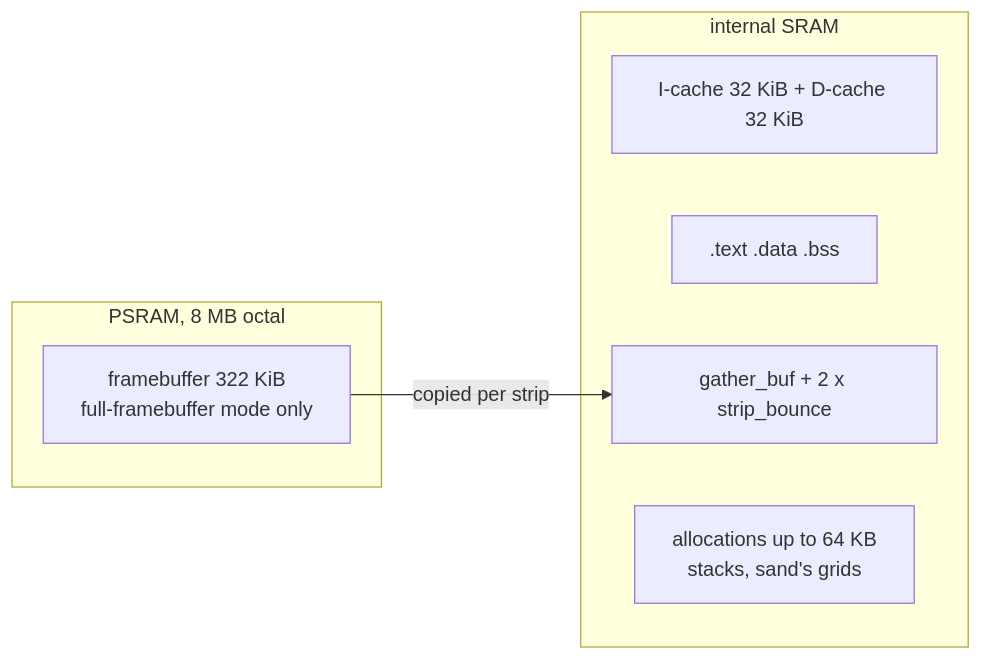
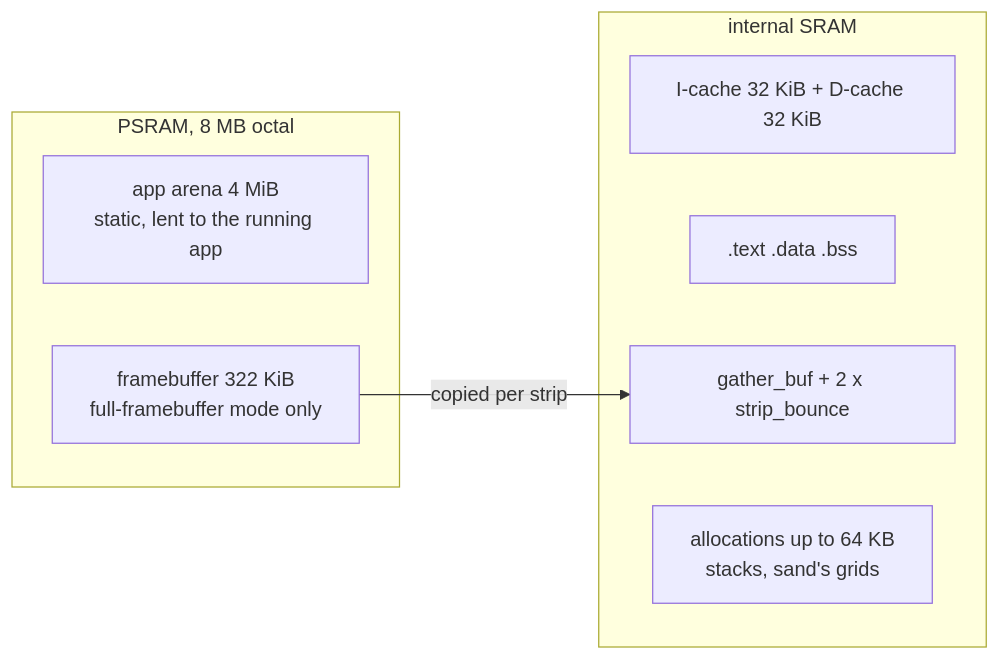
One commit to jose-villegas/autana changed the second of 2 diagrams in docs/notes/Board-and-Memory.md. Above: the diagram before and after it, drawn with Mermaid. The commit also changed other lines of this file and 17 other files, not shown here.

First line of the commit message:
shell: a PSRAM app arena lent to the running app, reset on every switch

````diff
--- a/docs/notes/Board-and-Memory.md
+++ b/docs/notes/Board-and-Memory.md
@@ -58,13 +58,14 @@
 ```mermaid
 flowchart LR
     subgraph PSRAM["PSRAM, 8 MB octal"]
+        ARENA["app arena 4 MiB<br/>static, lent to the running app"]
         FB["framebuffer 322 KiB<br/>full-framebuffer mode only"]
     end
     subgraph SRAM["internal SRAM"]
         CACHE["I-cache 32 KiB + D-cache 32 KiB"]
         STATIC[".text .data .bss"]
         DMA["gather_buf + 2 x strip_bounce"]
         APP["allocations up to 64 KB<br/>stacks, sand's grids"]
     end
     FB -->|"copied per strip"| DMA
 ```
````
